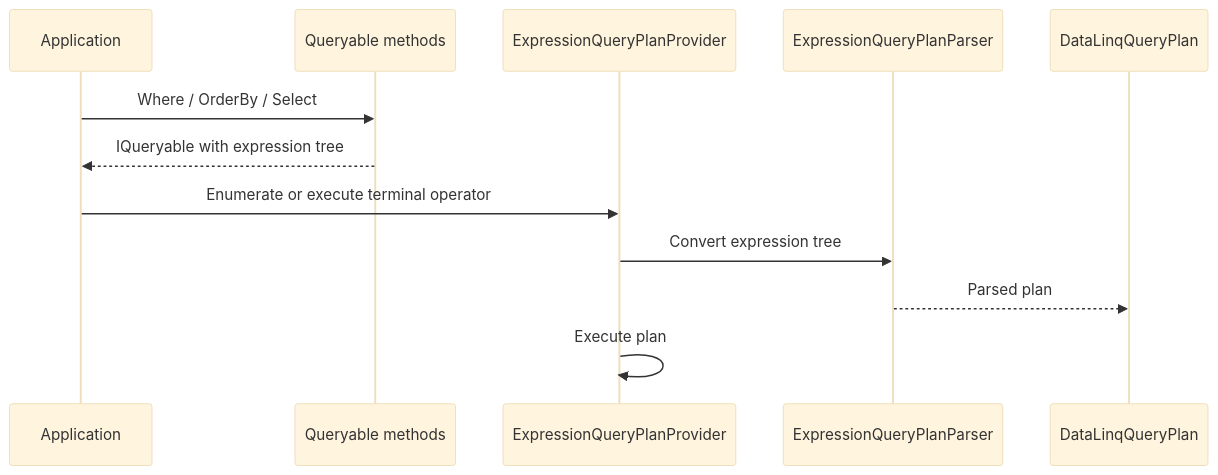
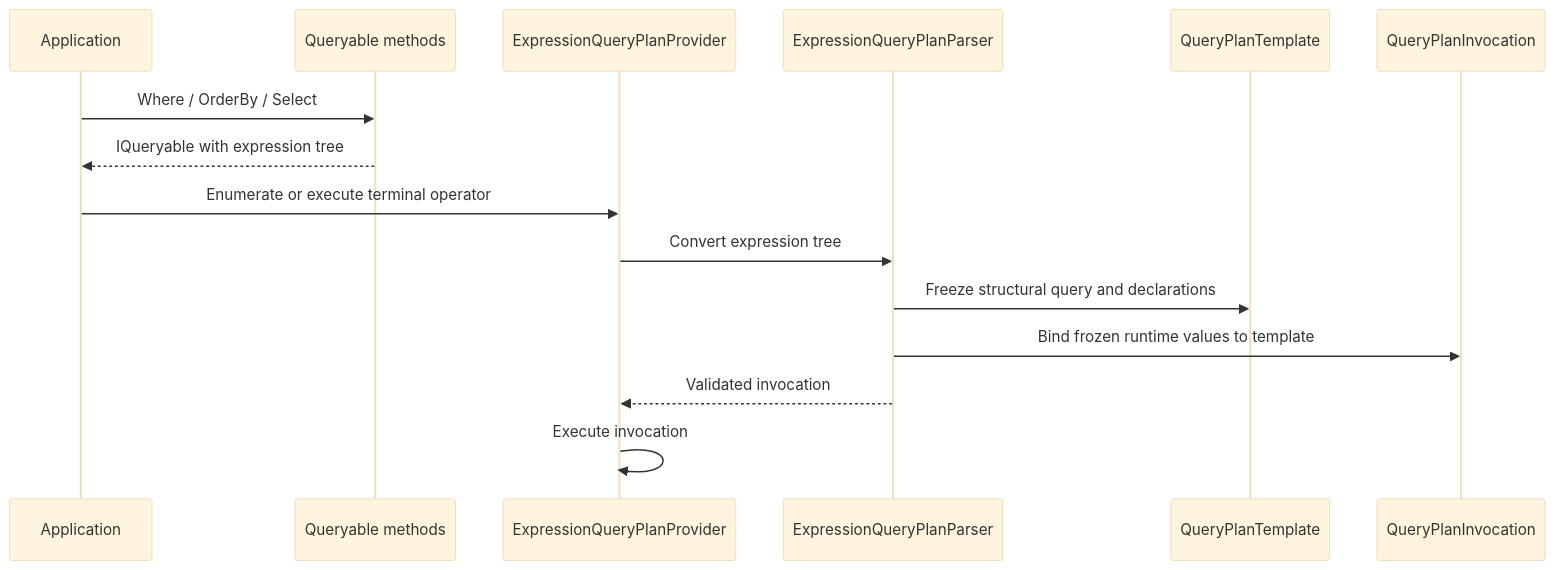
One commit to bazer/DataLinq changed the third of 7 diagrams in docs/internals/LINQ Parser Architecture.md. Above: the diagram before and after it, drawn with Mermaid (base theme). The commit also changed other lines of this file and 29 other files, not shown here.

````diff
--- a/docs/internals/LINQ Parser Architecture.md
+++ b/docs/internals/LINQ Parser Architecture.md
@@ -76,15 +86,18 @@
 ```mermaid
 sequenceDiagram
     participant App as Application
     participant Queryable as Queryable methods
     participant Provider as ExpressionQueryPlanProvider
     participant Parser as ExpressionQueryPlanParser
-    participant Plan as DataLinqQueryPlan
+    participant Template as QueryPlanTemplate
+    participant Invocation as QueryPlanInvocation
 
     App->>Queryable: Where / OrderBy / Select
     Queryable-->>App: IQueryable with expression tree
     App->>Provider: Enumerate or execute terminal operator
     Provider->>Parser: Convert expression tree
-    Parser-->>Plan: Parsed plan
-    Provider->>Provider: Execute plan
+    Parser->>Template: Freeze structural query and declarations
+    Parser->>Invocation: Bind frozen runtime values to template
+    Parser-->>Provider: Validated invocation
+    Provider->>Provider: Execute invocation
 ```
````
